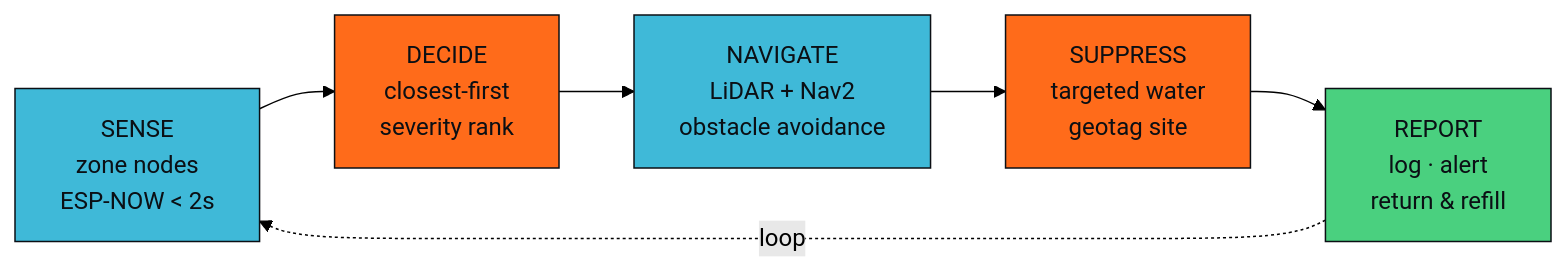
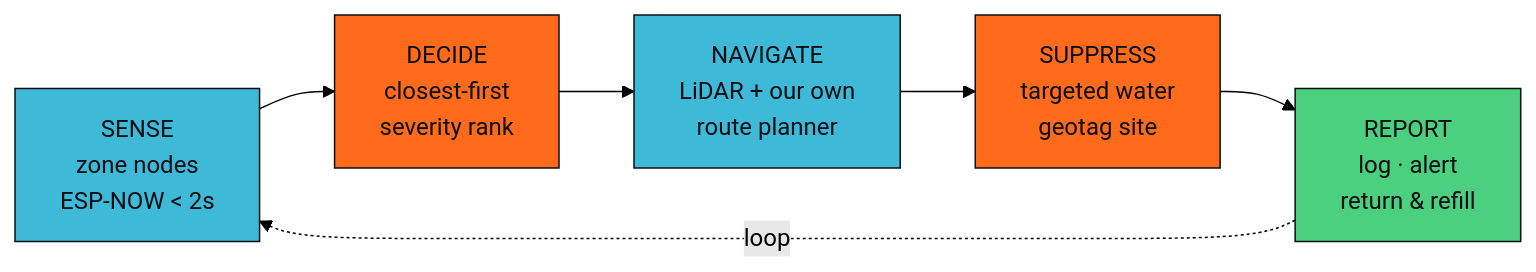
One commit to FPMS-FPMS/FPMS-Industrial changed the diagram in README.md. Above: the diagram before and after it, drawn with Mermaid (forest theme). The commit also changed other lines of this file and 2 other files, not shown here.

````diff
--- a/README.md
+++ b/README.md
@@ -33,13 +33,13 @@
 ```mermaid
 flowchart LR
     A[SENSE<br/>zone nodes<br/>ESP-NOW &lt; 2s] --> B[DECIDE<br/>closest-first<br/>severity rank]
-    B --> C[NAVIGATE<br/>LiDAR + Nav2<br/>obstacle avoidance]
+    B --> C[NAVIGATE<br/>LiDAR + our own<br/>route planner]
     C --> D[SUPPRESS<br/>targeted water<br/>geotag site]
     D --> E[REPORT<br/>log · alert<br/>return &amp; refill]
     E -.loop.-> A
     style A fill:#3fb9d8,stroke:#0b0f14,color:#0b0f14
     style B fill:#ff6b1a,stroke:#0b0f14,color:#0b0f14
     style C fill:#3fb9d8,stroke:#0b0f14,color:#0b0f14
     style D fill:#ff6b1a,stroke:#0b0f14,color:#0b0f14
     style E fill:#4ad07f,stroke:#0b0f14,color:#0b0f14
 ```
````
